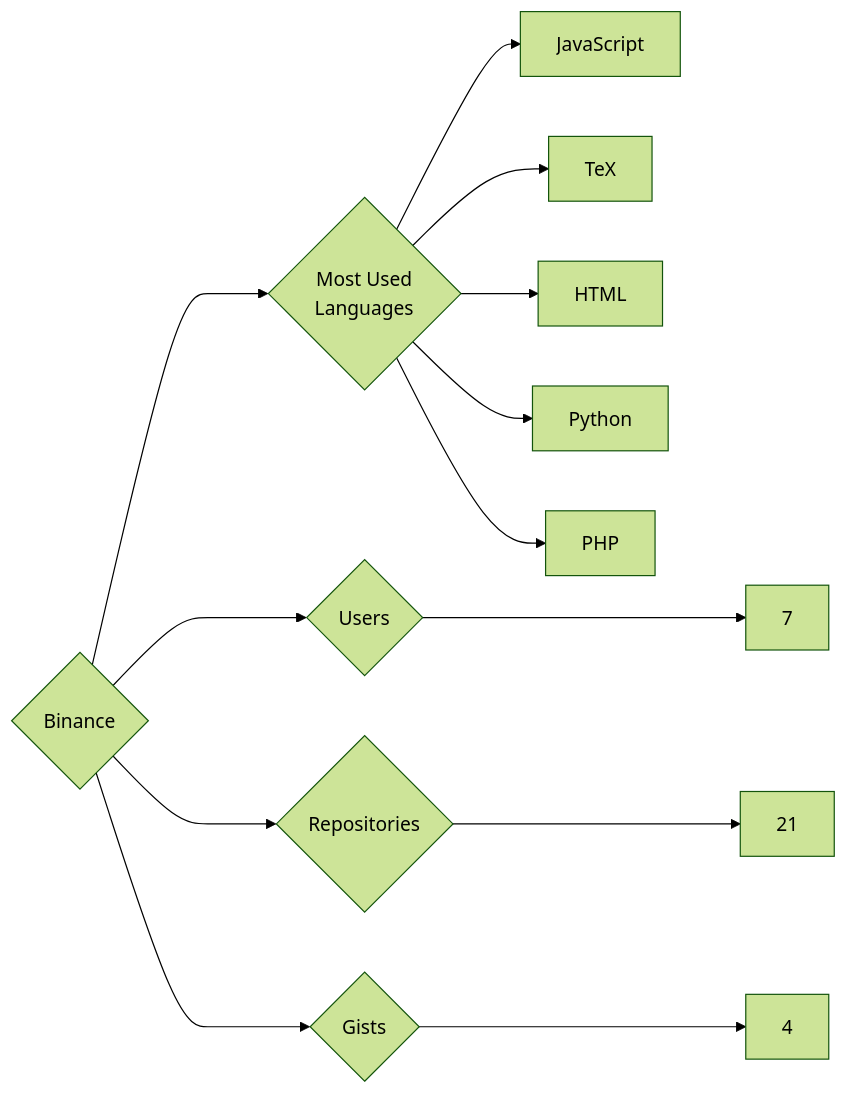
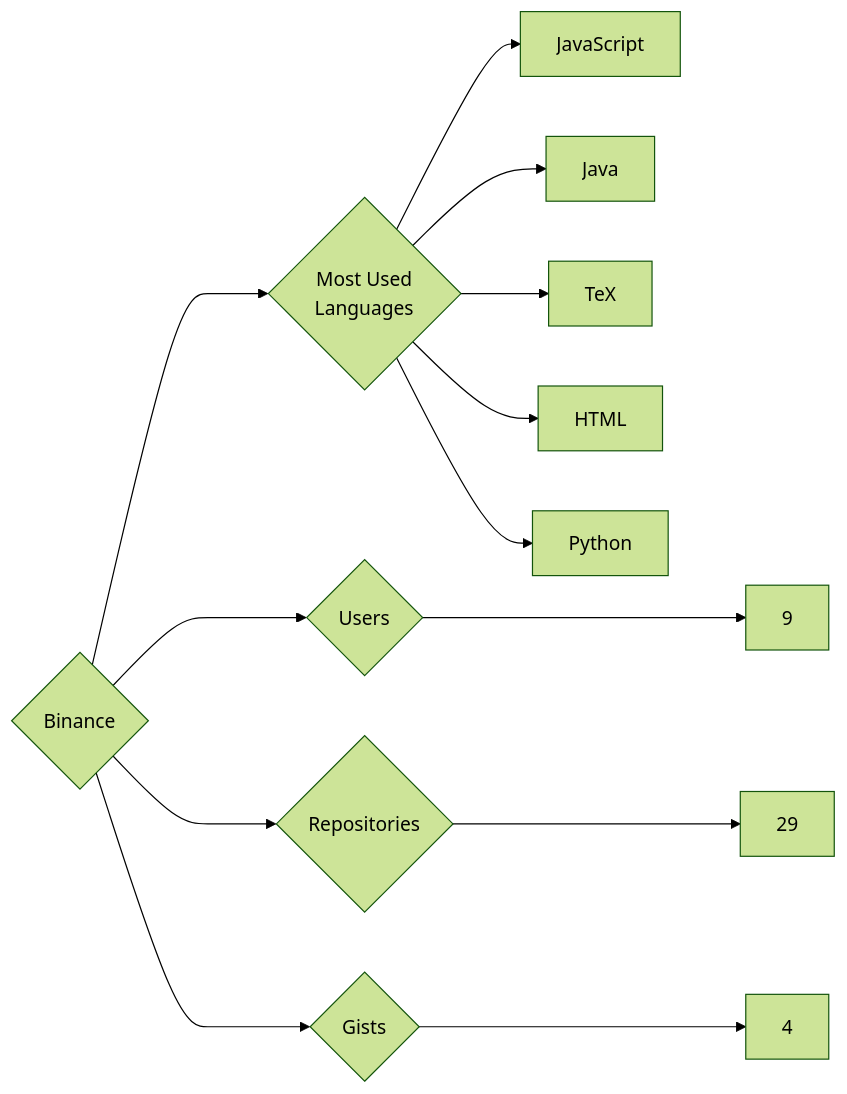
One commit to trickest/insiders changed the diagram in targets/Binance/README.md. Above: the diagram before and after it, drawn with Mermaid (forest theme). The commit also changed 934 other files, not shown here.

````diff
--- a/targets/Binance/README.md
+++ b/targets/Binance/README.md
@@ -3,13 +3,13 @@
 ```mermaid
 graph LR
 COMPANY_NAME{Binance}
-COMPANY_NAME ---> U{Users} ---> UN[7]
-COMPANY_NAME ---> R{Repositories} ---> RN[21]
+COMPANY_NAME ---> U{Users} ---> UN[9]
+COMPANY_NAME ---> R{Repositories} ---> RN[29]
 COMPANY_NAME ---> G{Gists} ---> GN[4]
 COMPANY_NAME ---> ML{Most Used<br>Languages}
 ML --> JavaScript[JavaScript]
+ML --> Java[Java]
 ML --> TeX[TeX]
 ML --> HTML[HTML]
 ML --> Python[Python]
-ML --> PHP[PHP]
 ```
````
